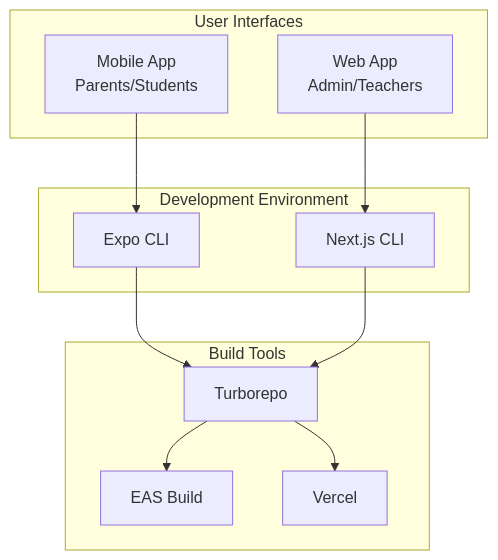
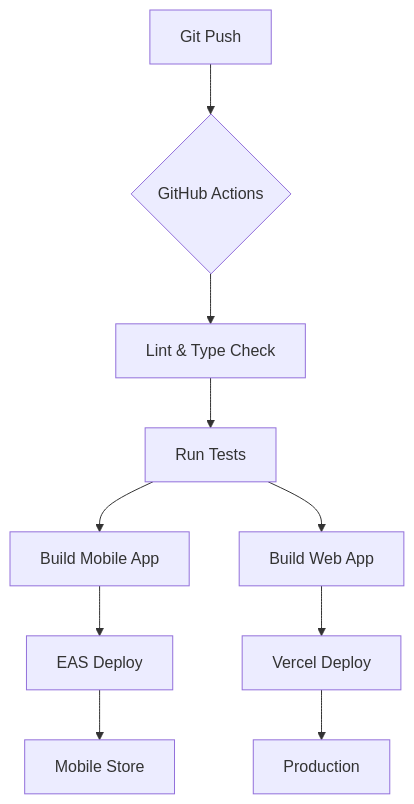
One commit to BoneTheDeveloper/Electronic-Contact-Contact-Book changed the fourth of 4 diagrams in docs/system-architecture.md. Above: the diagram before and after it, drawn with Mermaid. The commit also changed other lines of this file and 28 other files, not shown here.

````diff
--- a/docs/system-architecture.md
+++ b/docs/system-architecture.md
@@ -348,25 +401,12 @@
 ```mermaid
-graph TB
-    subgraph "User Interfaces"
-        MOB[Mobile App<br/>Parents/Students]
-        WEB[Web App<br/>Admin/Teachers]
-    end
-
-    subgraph "Development Environment"
-        EXPO[Expo CLI]
-        NEXT[Next.js CLI]
-    end
-
-    subgraph "Build Tools"
-        TURBO[Turborepo]
-        EAS[EAS Build]
-        VERCEL[Vercel]
-    end
-
-    MOB --> EXPO
-    WEB --> NEXT
-    EXPO --> TURBO
-    NEXT --> TURBO
-    TURBO --> EAS
-    TURBO --> VERCEL
+graph TD
+    A[Git Push] --> B{GitHub Actions}
+    B --> C[Lint & Type Check]
+    C --> D[Run Tests]
+    D --> E[Build Mobile App]
+    D --> F[Build Web App]
+    E --> G[EAS Deploy]
+    F --> H[Vercel Deploy]
+    G --> I[Mobile Store]
+    H --> J[Production]
 ```
````
